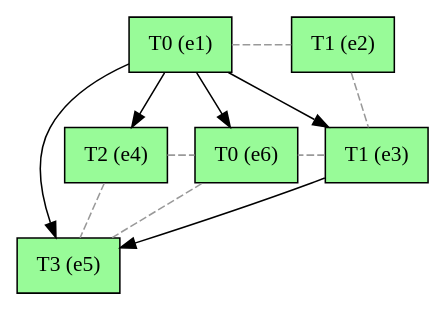
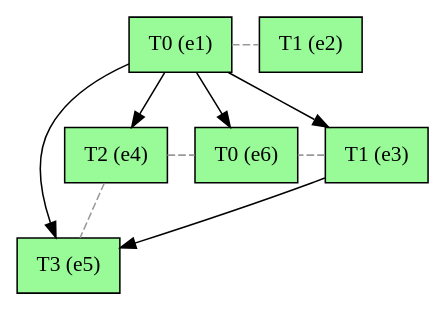
The diagram in examples/small_eg.dot (giannkas/ecofolder), drawn with Graphviz before and after one commit. The commit also changed 10 other files, not shown here.

```diff
--- a/examples/small_eg.dot
+++ b/examples/small_eg.dot
@@ -1,22 +1,20 @@
 digraph test {
   e1 -> e5;
   e1 -> e4;
   e1 -> e6;
   e1 -> e3;
   e3 -> e5;
 
 //conflicts
   e1 -> e2 [arrowhead=none color=gray60 style=dashed constraint=false];
-  e2 -> e3 [arrowhead=none color=gray60 style=dashed constraint=false];
   e3 -> e6 [arrowhead=none color=gray60 style=dashed constraint=false];
   e4 -> e5 [arrowhead=none color=gray60 style=dashed constraint=false];
   e4 -> e6 [arrowhead=none color=gray60 style=dashed constraint=false];
-  e5 -> e6 [arrowhead=none color=gray60 style=dashed constraint=false];
 
   e1 [fillcolor=palegreen label="T0 (e1)" shape=box style=filled];
   e2 [fillcolor=palegreen label="T1 (e2)" shape=box style=filled];
   e3 [fillcolor=palegreen label="T1 (e3)" shape=box style=filled];
   e4 [fillcolor=palegreen label="T2 (e4)" shape=box style=filled];
   e5 [fillcolor=palegreen label="T3 (e5)" shape=box style=filled];
   e6 [fillcolor=palegreen label="T0 (e6)" shape=box style=filled];
 }
```
